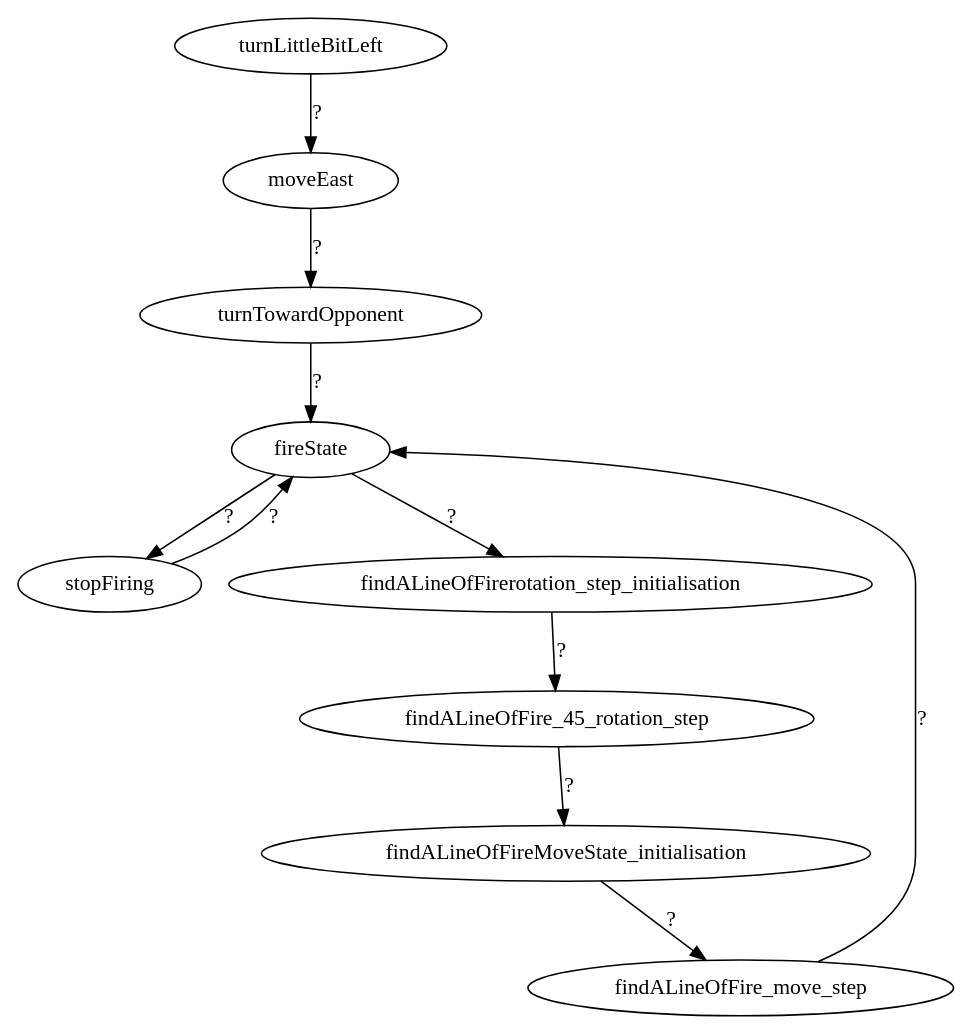
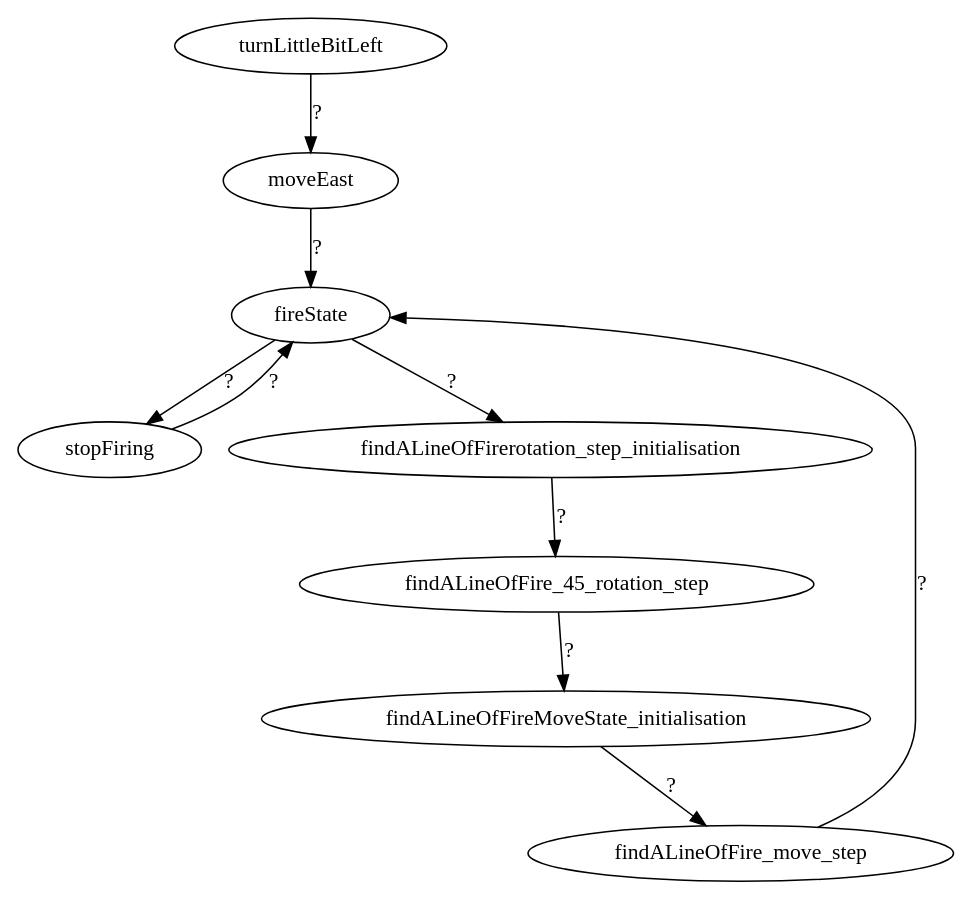
The diagram in mainBotStateMachine.dot (aboubacardiawara/Robot), drawn with Graphviz before and after one commit. The commit also changed 38 other files, not shown here.

```diff
--- a/mainBotStateMachine.dot
+++ b/mainBotStateMachine.dot
@@ -1,12 +1,11 @@
 digraph G {
 turnLittleBitLeft -> moveEast [label="?"];
-moveEast -> turnTowardOpponent [label="?"];
-turnTowardOpponent -> fireState [label="?"];
+moveEast -> fireState [label="?"];
 fireState -> stopFiring [label="?"];
 stopFiring -> fireState [label="?"];
 fireState -> findALineOfFirerotation_step_initialisation [label="?"];
 findALineOfFirerotation_step_initialisation -> findALineOfFire_45_rotation_step [label="?"];
 findALineOfFire_45_rotation_step -> findALineOfFireMoveState_initialisation [label="?"];
 findALineOfFireMoveState_initialisation -> findALineOfFire_move_step [label="?"];
 findALineOfFire_move_step -> fireState [label="?"];
 }
```
